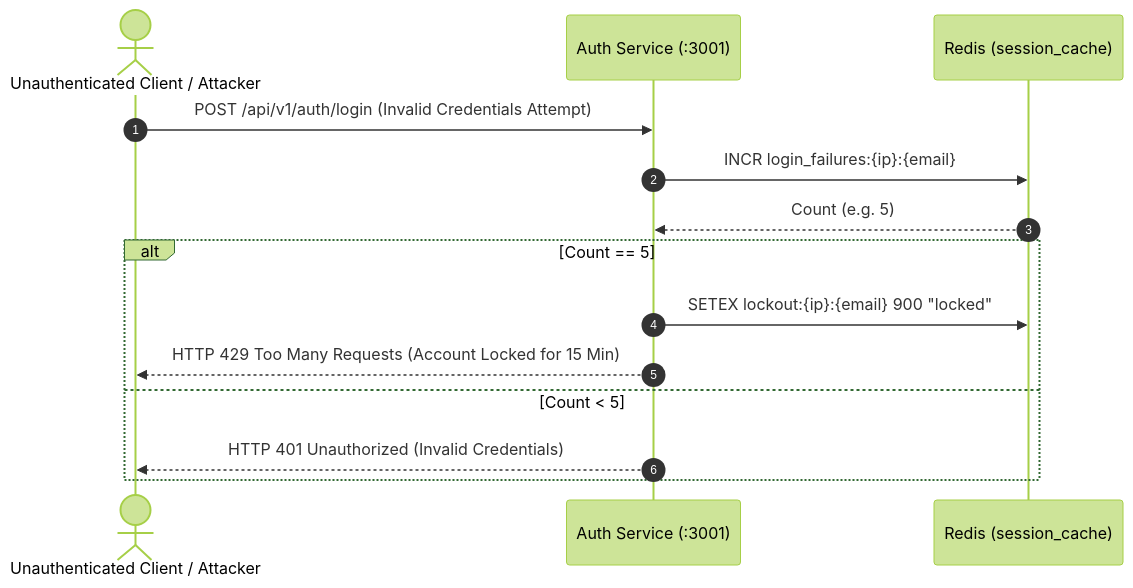
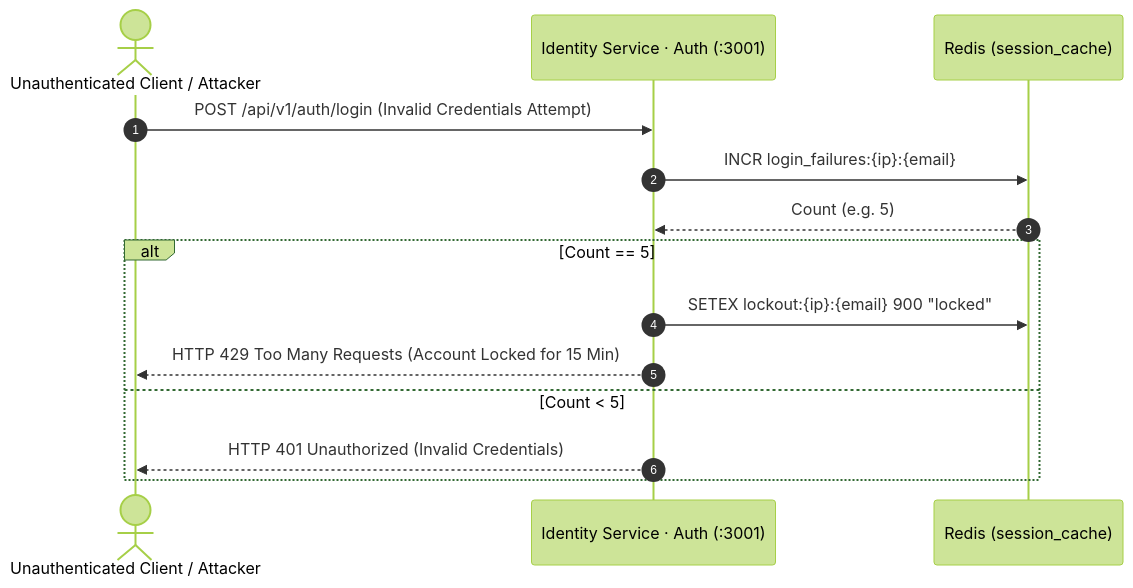
The diagram in .agent/workflows/auth/account-lockout.md (nilernous/omni-ecommerce-platform), drawn with Mermaid (forest theme) before and after one commit. The commit also changed other lines of this file and 54 other files, not shown here.

First line of the commit message:
docs: update architecture docs for the 12-service layout

````diff
--- a/.agent/workflows/auth/account-lockout.md
+++ b/.agent/workflows/auth/account-lockout.md
@@ -201,17 +201,17 @@
 ```mermaid
 sequenceDiagram
   autonumber
   actor Client as Unauthenticated Client / Attacker
-  participant Auth as Auth Service (:3001)
+  participant Auth as Identity Service · Auth (:3001)
   participant Redis as Redis (session_cache)
 
   Client->>Auth: POST /api/v1/auth/login (Invalid Credentials Attempt)
   Auth->>Redis: INCR login_failures:{ip}:{email}
   Redis-->>Auth: Count (e.g. 5)
   alt Count == 5
     Auth->>Redis: SETEX lockout:{ip}:{email} 900 "locked"
     Auth-->>Client: HTTP 429 Too Many Requests (Account Locked for 15 Min)
   else Count < 5
     Auth-->>Client: HTTP 401 Unauthorized (Invalid Credentials)
   end
 ```
````
